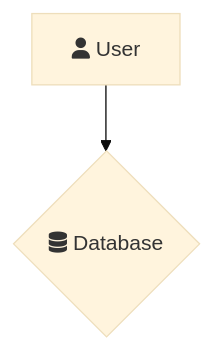
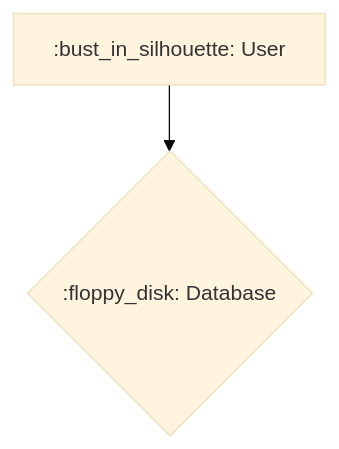
Before and after one commit to vinu76jsr/aws-sample-projects: the fifth of 5 diagrams in aws-ml-associate-prep/01-sagemaker-basics/README.md, drawn with Mermaid (base theme). The commit also changed other lines of this file, not shown here.

Commit message:
docs(ml-labs): Use emoji shortcodes for github compatibility

````diff
--- a/aws-ml-associate-prep/01-sagemaker-basics/README.md
+++ b/aws-ml-associate-prep/01-sagemaker-basics/README.md
@@ -438,4 +438,4 @@
 ```mermaid
 graph TD
-    A["fa:fa-user User"] --> B{"fa:fa-database Database"}
+    A[":bust_in_silhouette: User"] --> B{":floppy_disk: Database"}
 ```
````
